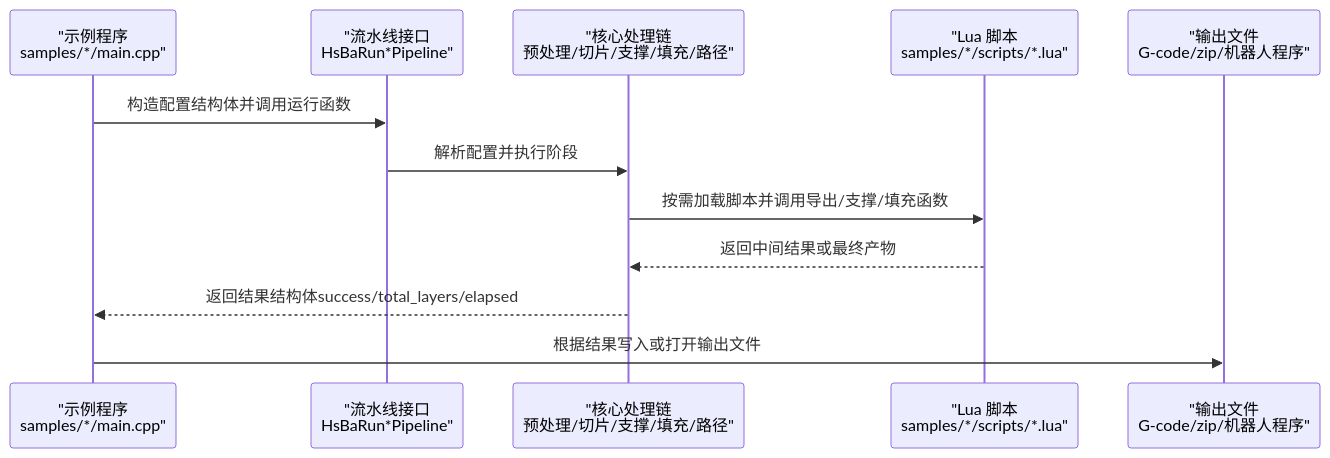
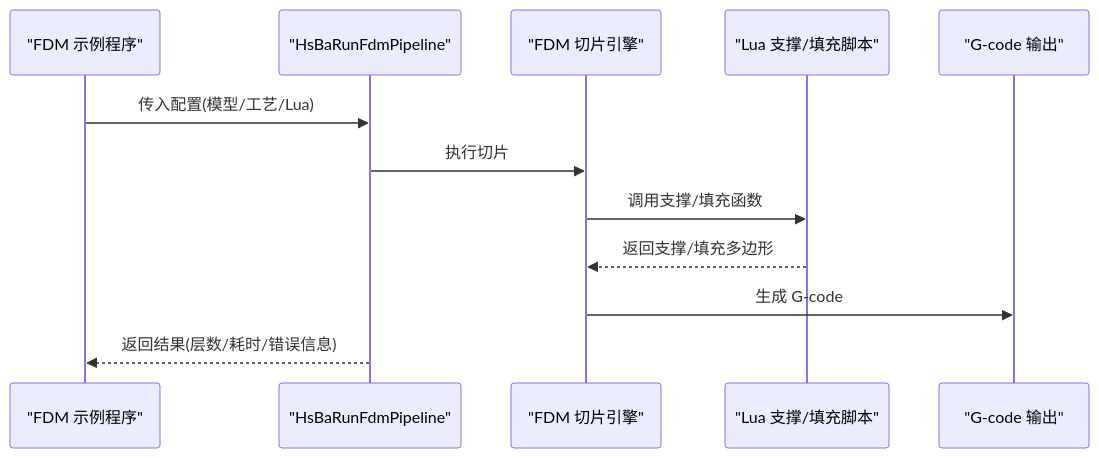
Before and after one commit to hsmbanlance/HsBaSlicer: the second of 16 diagrams in .qoder/repowiki/zh/content/示例与教程/示例与教程.md, drawn with Mermaid. The commit also changed other lines of this file and 1095 other files, not shown here.

````diff
--- a/.qoder/repowiki/zh/content/示例与教程/示例与教程.md
+++ b/.qoder/repowiki/zh/content/示例与教程/示例与教程.md
@@ -123,14 +157,14 @@
 ```mermaid
 sequenceDiagram
-participant App as "示例程序<br/>samples/*/main.cpp"
-participant API as "流水线接口<br/>HsBaRun*Pipeline"
-participant Core as "核心处理链<br/>预处理/切片/支撑/填充/路径"
-participant Lua as "Lua 脚本<br/>samples/*/scripts/*.lua"
-participant Out as "输出文件<br/>G-code/zip/机器人程序"
-App->>API : 构造配置结构体并调用运行函数
-API->>Core : 解析配置并执行阶段
-Core->>Lua : 按需加载脚本并调用导出/支撑/填充函数
-Lua-->>Core : 返回中间结果或最终产物
-Core-->>App : 返回结果结构体success/total_layers/elapsed
-App->>Out : 根据结果写入或打开输出文件
+participant App as "FDM 示例程序"
+participant API as "HsBaRunFdmPipeline"
+participant Proc as "FDM 切片引擎"
+participant Lua as "Lua 支撑/填充脚本"
+participant Out as "G-code 输出"
+App->>API : 传入配置(模型/工艺/Lua)
+API->>Proc : 执行切片
+Proc->>Lua : 调用支撑/填充函数
+Lua-->>Proc : 返回支撑/填充多边形
+Proc->>Out : 生成 G-code
+API-->>App : 返回结果(层数/耗时/错误信息)
 ```
````
